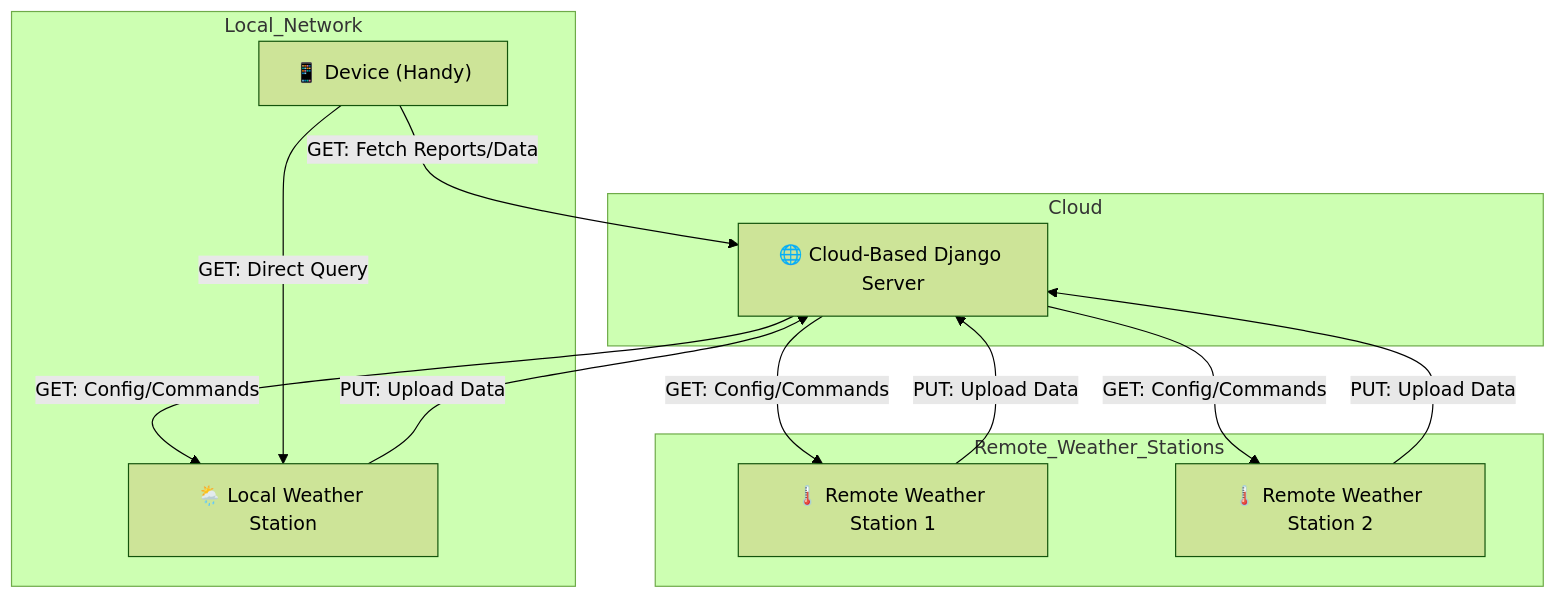
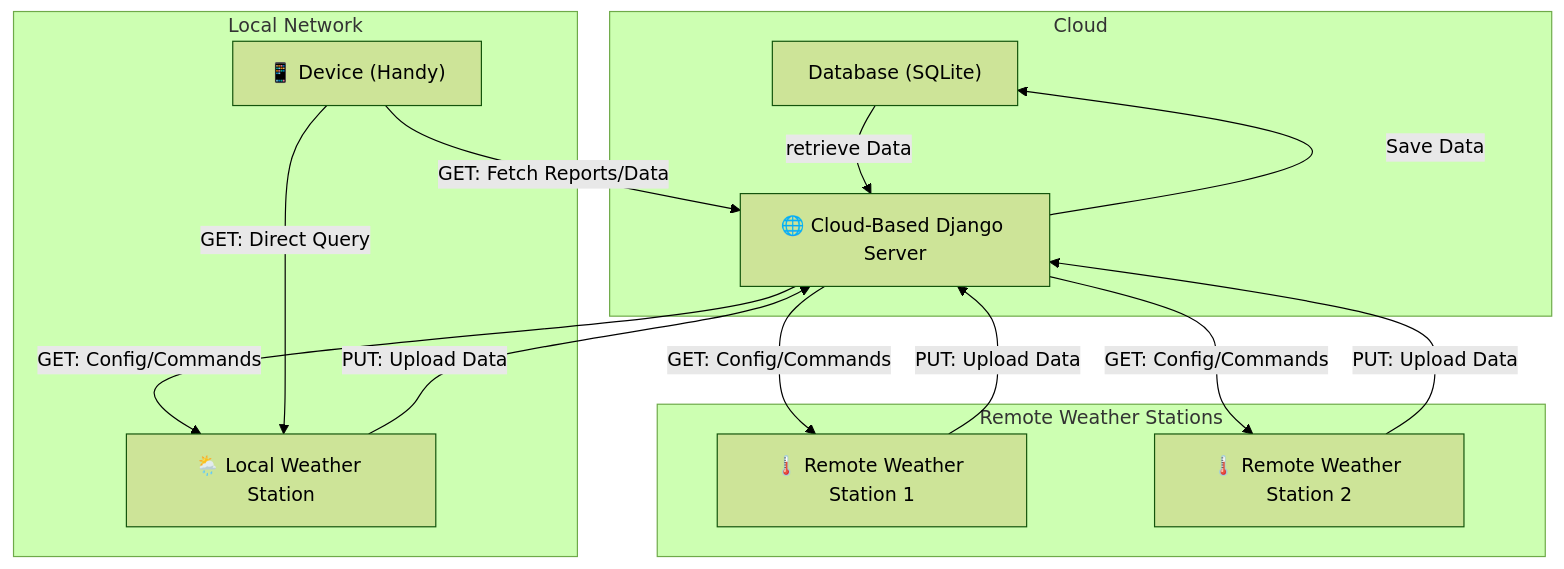
One commit to nathabee/esp32-app-meteo changed the diagram in README.md. Above: the diagram before and after it, drawn with Mermaid (forest theme). The commit also changed other lines of this file and 1 other file, not shown here.

Commit message:
add mermaid graph in readme

````diff
--- a/README.md
+++ b/README.md
@@ -8,26 +24,29 @@
 ```mermaid
 graph TD
   subgraph Cloud
+    Database["Database (SQLite)"]
     DjangoServer["🌐 Cloud-Based Django Server"]
   end
 
-  subgraph Remote_Weather_Stations
+  subgraph Remote Weather Stations
     RemoteStation1["🌡️ Remote Weather Station 1"]
     RemoteStation2["🌡️ Remote Weather Station 2"]
   end
 
-  subgraph Local_Network
+  subgraph Local Network
     HandyDevice["📱 Device (Handy)"]
     LocalWeatherStation["🌦️ Local Weather Station"]
   end
 
   %% Data Flow %%
   RemoteStation1 -- "PUT: Upload Data" --> DjangoServer
   RemoteStation2 -- "PUT: Upload Data" --> DjangoServer
+  Database -- "retrieve Data" --> DjangoServer
   LocalWeatherStation -- "PUT: Upload Data" --> DjangoServer
   DjangoServer -- "GET: Config/Commands" --> RemoteStation1
   DjangoServer -- "GET: Config/Commands" --> RemoteStation2
+  DjangoServer -- "Save Data" --> Database
   DjangoServer -- "GET: Config/Commands" --> LocalWeatherStation
   HandyDevice -- "GET: Fetch Reports/Data" --> DjangoServer
   HandyDevice -- "GET: Direct Query" --> LocalWeatherStation
 ```
````
